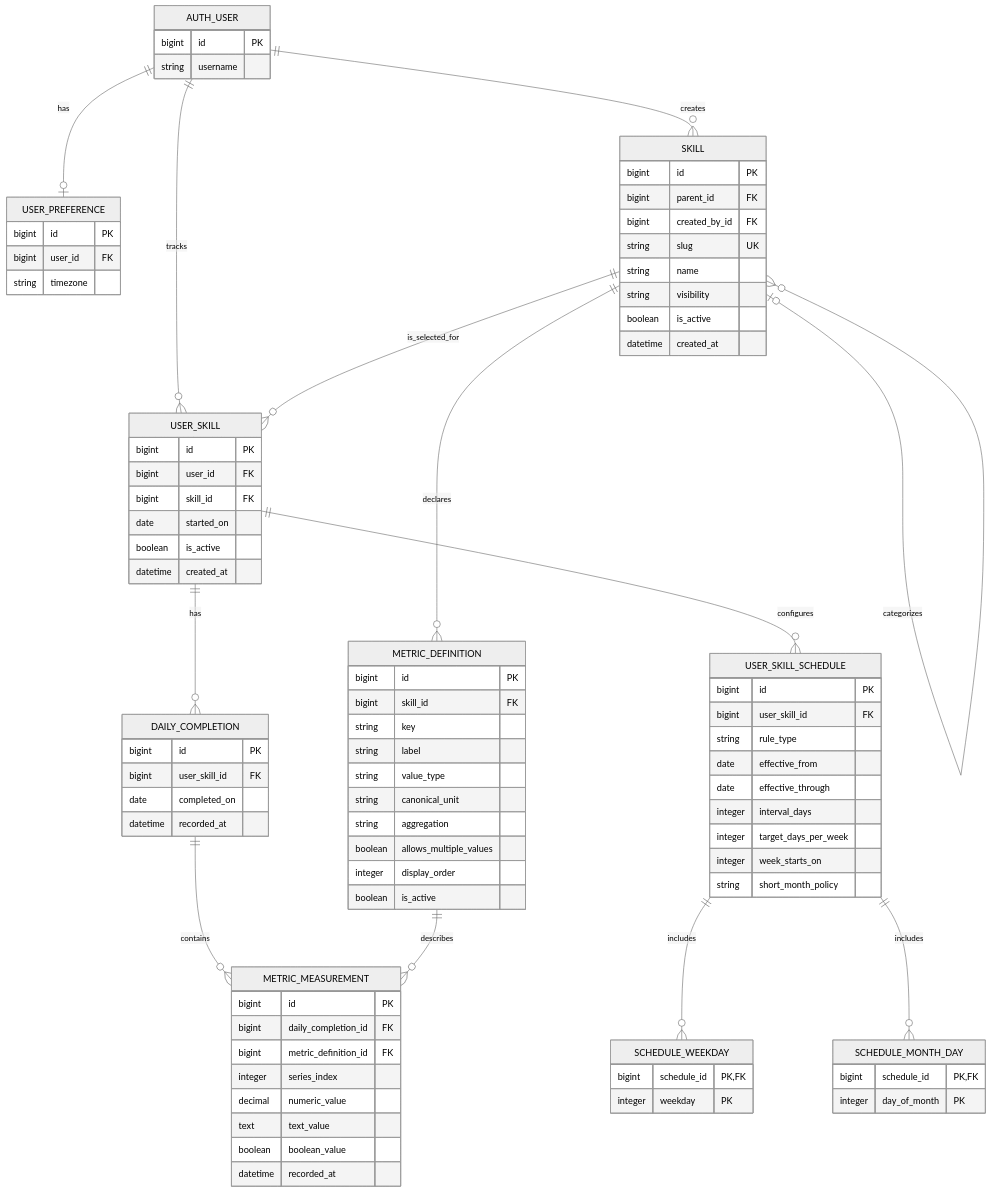
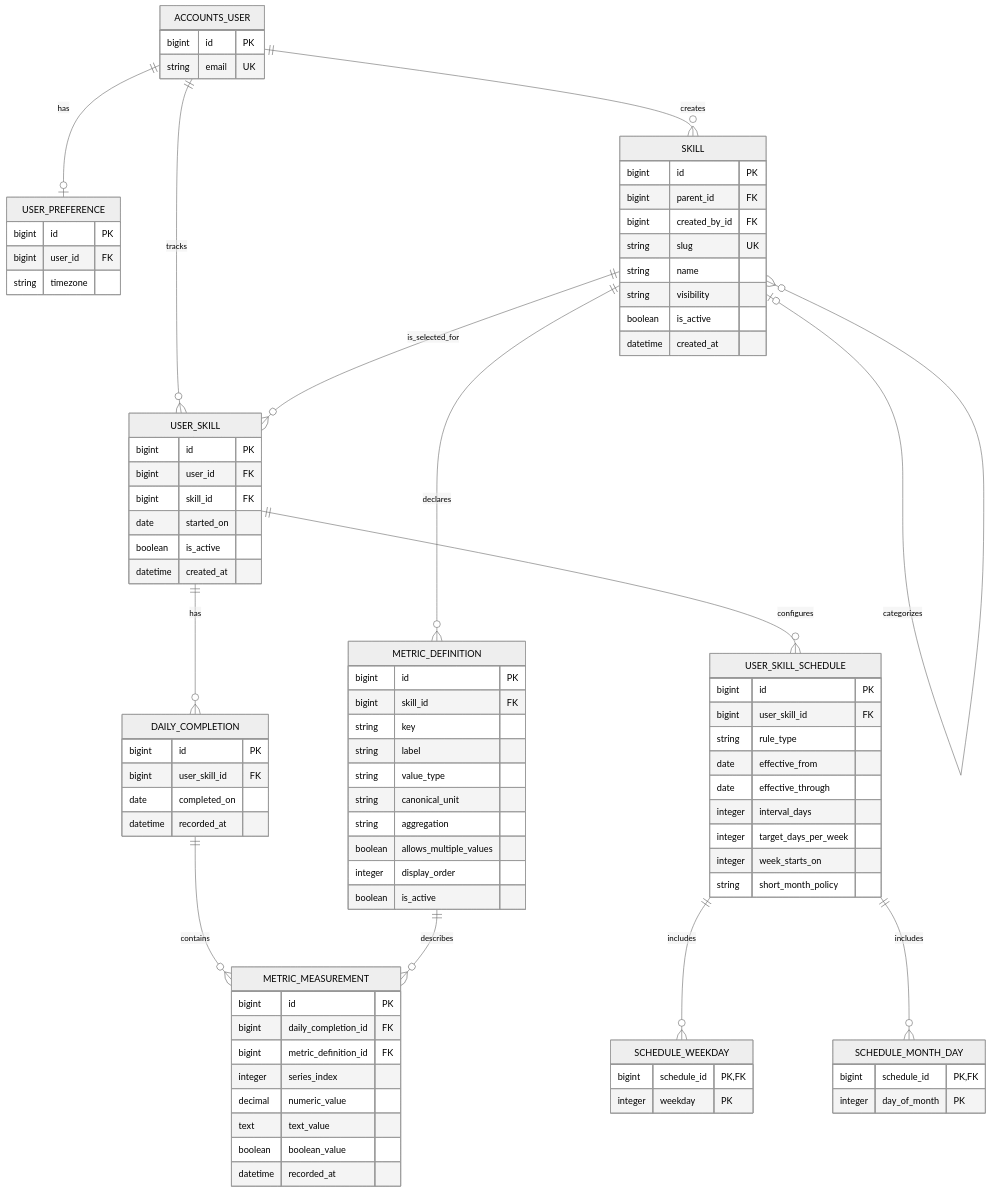
One commit to ChicoState/skillstreak changed the diagram in docs/plans/proposed-schema-erd.md. Above: the diagram before and after it, drawn with Mermaid (neutral theme). The commit also changed other lines of this file and 28 other files, not shown here.

````diff
--- a/docs/plans/proposed-schema-erd.md
+++ b/docs/plans/proposed-schema-erd.md
@@ -12,10 +12,10 @@
 ```mermaid
 erDiagram
-    AUTH_USER ||--o| USER_PREFERENCE : has
-    AUTH_USER ||--o{ SKILL : creates
+    ACCOUNTS_USER ||--o| USER_PREFERENCE : has
+    ACCOUNTS_USER ||--o{ SKILL : creates
     SKILL o|--o{ SKILL : categorizes
     SKILL ||--o{ METRIC_DEFINITION : declares
-    AUTH_USER ||--o{ USER_SKILL : tracks
+    ACCOUNTS_USER ||--o{ USER_SKILL : tracks
     SKILL ||--o{ USER_SKILL : is_selected_for
     USER_SKILL ||--o{ DAILY_COMPLETION : has
     USER_SKILL ||--o{ USER_SKILL_SCHEDULE : configures
@@ -24,9 +24,9 @@
     DAILY_COMPLETION ||--o{ METRIC_MEASUREMENT : contains
     METRIC_DEFINITION ||--o{ METRIC_MEASUREMENT : describes
 
-    AUTH_USER {
+    ACCOUNTS_USER {
         bigint id PK
-        string username
+        string email UK
     }
 
     USER_PREFERENCE {
````
